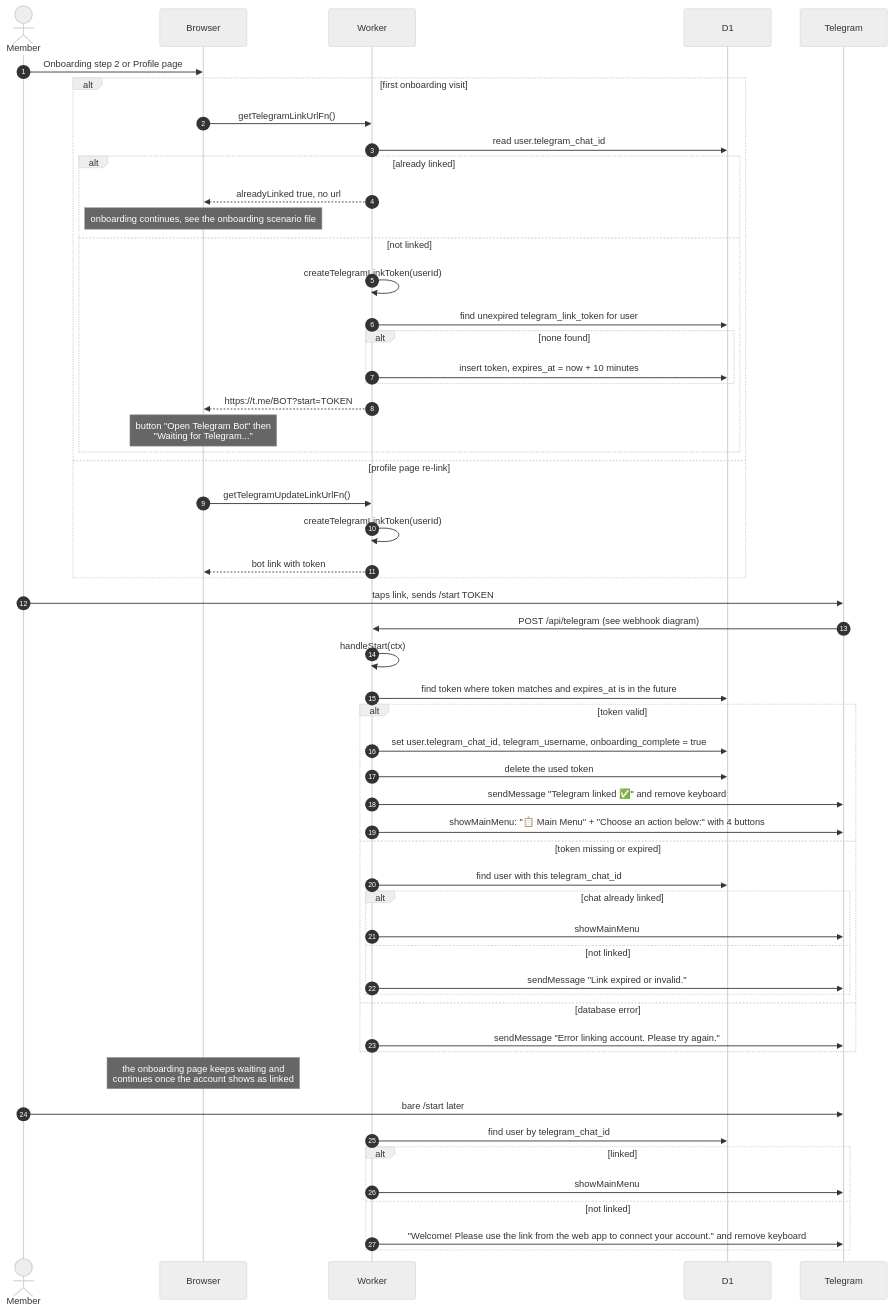
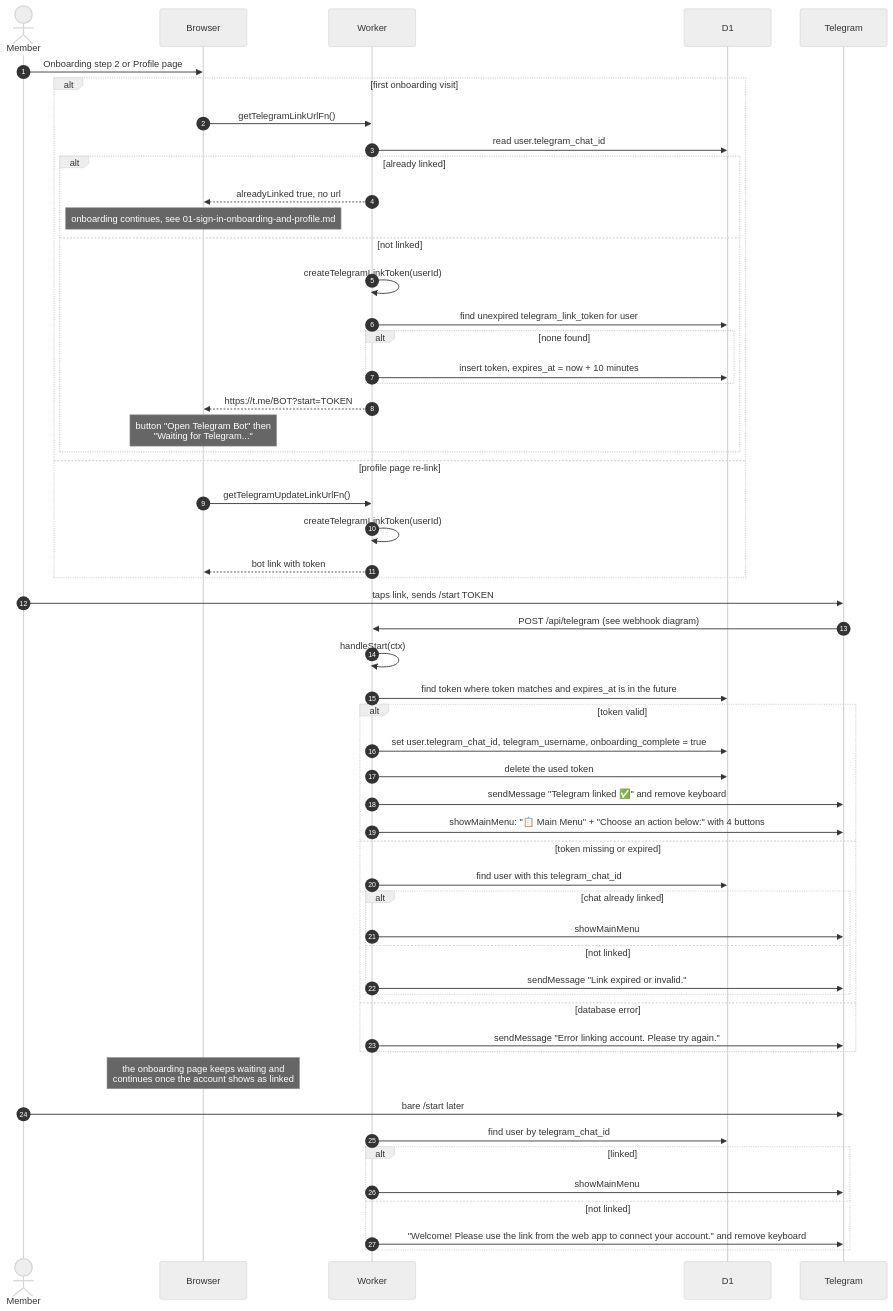
The second of 8 diagrams in docs/scenarios/04-telegram-bot.md (sagyzdop/meriksirat), drawn with Mermaid (neutral theme) before and after one commit. The commit also changed other lines of this file and 7 other files, not shown here.

````diff
--- a/docs/scenarios/04-telegram-bot.md
+++ b/docs/scenarios/04-telegram-bot.md
@@ -61,58 +61,58 @@
 ```mermaid
 sequenceDiagram
     autonumber
     actor Member
     participant Browser
     participant Worker
     participant D1
     participant Telegram
 
     Member->>Browser: Onboarding step 2 or Profile page
     alt first onboarding visit
         Browser->>Worker: getTelegramLinkUrlFn()
         Worker->>D1: read user.telegram_chat_id
         alt already linked
             Worker-->>Browser: alreadyLinked true, no url
-            Note over Browser: onboarding continues, see the onboarding scenario file
+            Note over Browser: onboarding continues, see 01-sign-in-onboarding-and-profile.md
         else not linked
             Worker->>Worker: createTelegramLinkToken(userId)
             Worker->>D1: find unexpired telegram_link_token for user
             alt none found
                 Worker->>D1: insert token, expires_at = now + 10 minutes
             end
             Worker-->>Browser: https://t.me/BOT?start=TOKEN
             Note over Browser: button "Open Telegram Bot" then<br/>"Waiting for Telegram..."
         end
     else profile page re-link
         Browser->>Worker: getTelegramUpdateLinkUrlFn()
         Worker->>Worker: createTelegramLinkToken(userId)
         Worker-->>Browser: bot link with token
     end
     Member->>Telegram: taps link, sends /start TOKEN
     Telegram->>Worker: POST /api/telegram (see webhook diagram)
     Worker->>Worker: handleStart(ctx)
     Worker->>D1: find token where token matches and expires_at is in the future
     alt token valid
         Worker->>D1: set user.telegram_chat_id, telegram_username, onboarding_complete = true
         Worker->>D1: delete the used token
         Worker->>Telegram: sendMessage "Telegram linked ✅" and remove keyboard
         Worker->>Telegram: showMainMenu: "📋 Main Menu" + "Choose an action below:" with 4 buttons
     else token missing or expired
         Worker->>D1: find user with this telegram_chat_id
         alt chat already linked
             Worker->>Telegram: showMainMenu
         else not linked
             Worker->>Telegram: sendMessage "Link expired or invalid."
         end
     else database error
         Worker->>Telegram: sendMessage "Error linking account. Please try again."
     end
     Note over Browser: the onboarding page keeps waiting and<br/>continues once the account shows as linked
     Member->>Telegram: bare /start later
     Worker->>D1: find user by telegram_chat_id
     alt linked
         Worker->>Telegram: showMainMenu
     else not linked
         Worker->>Telegram: "Welcome! Please use the link from the web app to connect your account." and remove keyboard
     end
 ```
````
